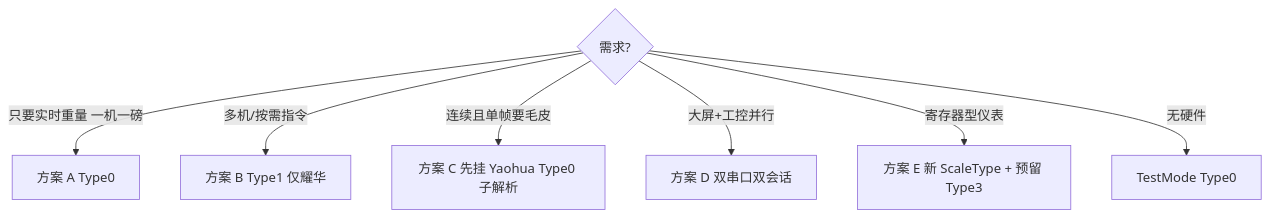
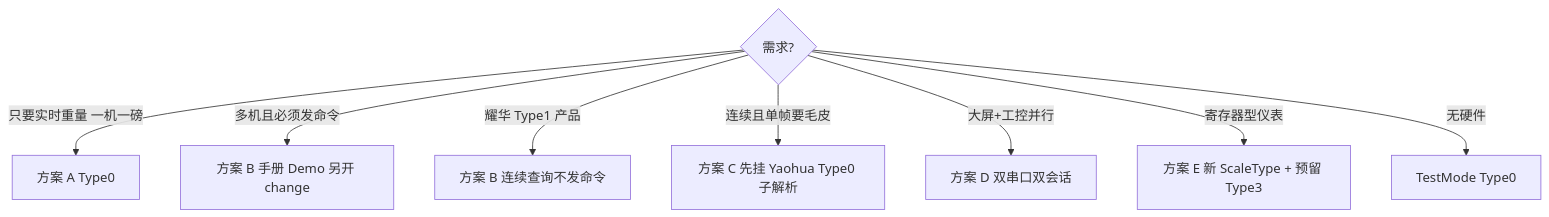
The diagram in docs/2026-09-15-truck-scale-transmission-format-refactor/05-ScaleType与TF方案目录.md (feewillowherb/MaterialMonospec), drawn with Mermaid before and after one commit. The commit also changed other lines of this file and 5 other files, not shown here.

````diff
--- a/docs/2026-09-15-truck-scale-transmission-format-refactor/05-ScaleType与TF方案目录.md
+++ b/docs/2026-09-15-truck-scale-transmission-format-refactor/05-ScaleType与TF方案目录.md
@@ -60,10 +61,11 @@
 ```mermaid
 flowchart TD
   Need{需求?}
   Need -->|只要实时重量 一机一磅| A[方案 A Type0]
-  Need -->|多机/按需指令| B[方案 B Type1 仅耀华]
+  Need -->|多机且必须发命令| Bp[方案 B 手册 Demo 另开 change]
+  Need -->|耀华 Type1 产品| B[方案 B 连续查询不发命令]
   Need -->|连续且单帧要毛皮| C[方案 C 先挂 Yaohua Type0 子解析]
   Need -->|大屏+工控并行| D[方案 D 双串口双会话]
   Need -->|寄存器型仪表| E[方案 E 新 ScaleType + 预留 Type3]
   Need -->|无硬件| F[TestMode Type0]
 ```
````
